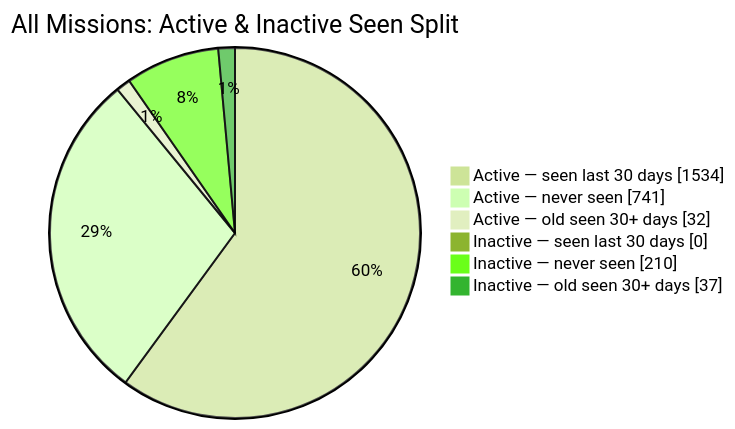
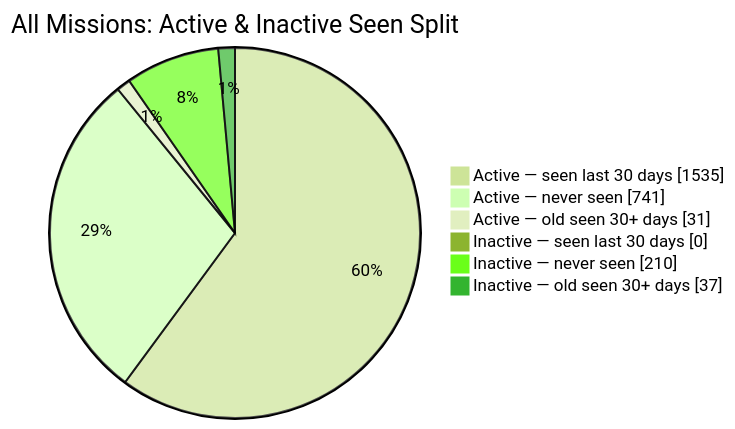
Before and after one commit to MeldkamerspelGameTeam/active-missions: the second of 2 diagrams in README.md, drawn with Mermaid (forest theme). The commit also changed other lines of this file and 3 other files, not shown here.

````diff
--- a/README.md
+++ b/README.md
@@ -44,10 +44,10 @@
 ```mermaid
 pie showData
     title All Missions: Active & Inactive Seen Split
-    "Active — seen last 30 days" : 1534
+    "Active — seen last 30 days" : 1535
     "Active — never seen" : 741
-    "Active — old seen 30+ days" : 32
+    "Active — old seen 30+ days" : 31
     "Inactive — seen last 30 days" : 0
     "Inactive — never seen" : 210
     "Inactive — old seen 30+ days" : 37
 ```
````
